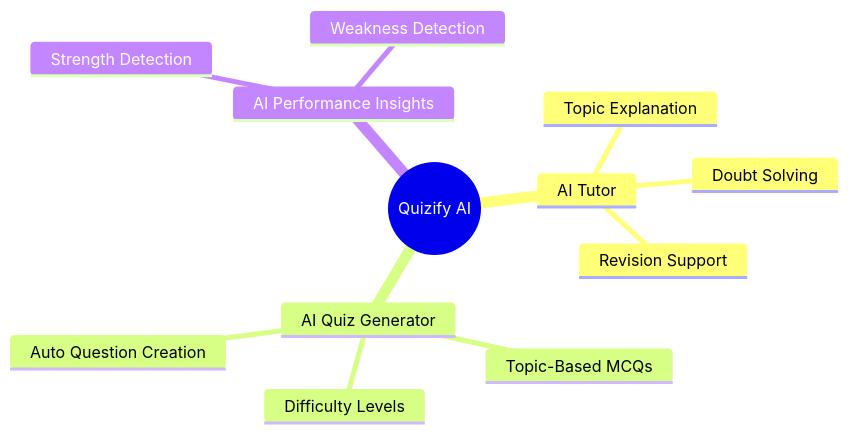
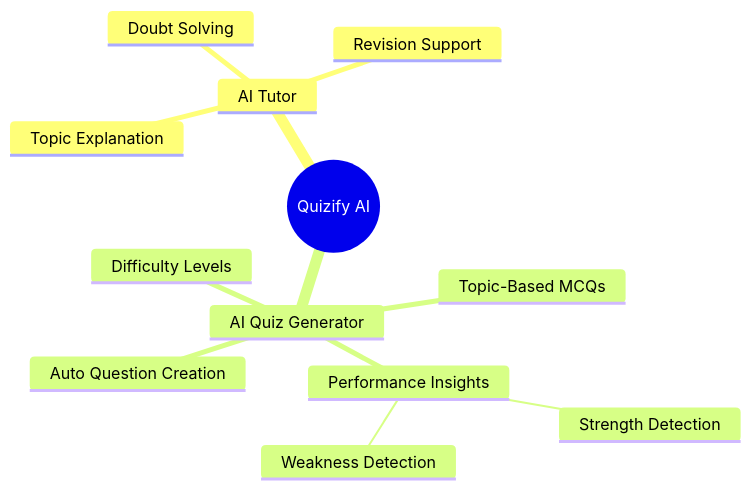
One commit to heyitsyash1209/QUIZIFY---Online-Quiz-System changed the first of 8 diagrams in README.md. Above: the diagram before and after it, drawn with Mermaid. The commit also changed other lines of this file, not shown here.

````diff
--- a/README.md
+++ b/README.md
@@ -265,15 +265,15 @@
 ```mermaid
 mindmap
   root((Quizify AI))
     AI Tutor
       Topic Explanation
       Doubt Solving
       Revision Support
     AI Quiz Generator
       Topic-Based MCQs
       Difficulty Levels
       Auto Question Creation
-    AI Performance Insights
+     Performance Insights
       Strength Detection
       Weakness Detection
 ```
````
